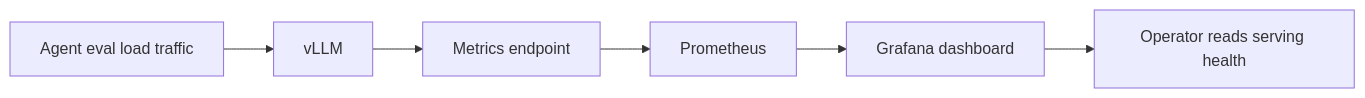
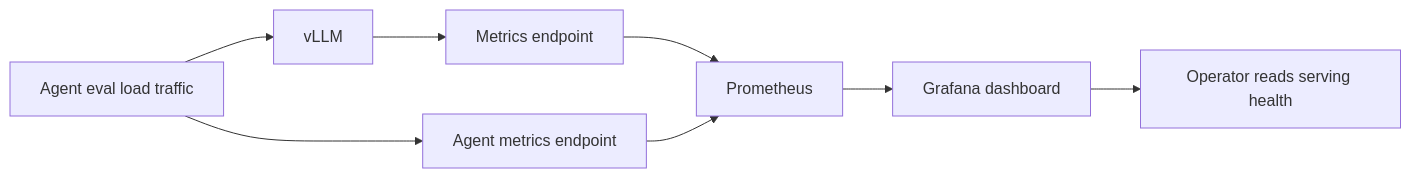
One commit to khab40/mlops-hw3 changed the seventh of 10 diagrams in assets/docs/ARCHITECTURE.md. Above: the diagram before and after it, drawn with Mermaid. The commit also changed other lines of this file and 22 other files, not shown here.

````diff
--- a/assets/docs/ARCHITECTURE.md
+++ b/assets/docs/ARCHITECTURE.md
@@ -102,8 +125,10 @@
 ```mermaid
 flowchart LR
     Requests["Agent eval load traffic"] --> VLLM["vLLM"]
     VLLM --> Metrics["Metrics endpoint"]
+    Requests --> AgentMetrics["Agent metrics endpoint"]
     Metrics --> Prometheus["Prometheus"]
+    AgentMetrics --> Prometheus
     Prometheus --> Grafana["Grafana dashboard"]
     Grafana --> Operator["Operator reads serving health"]
 ```
````
